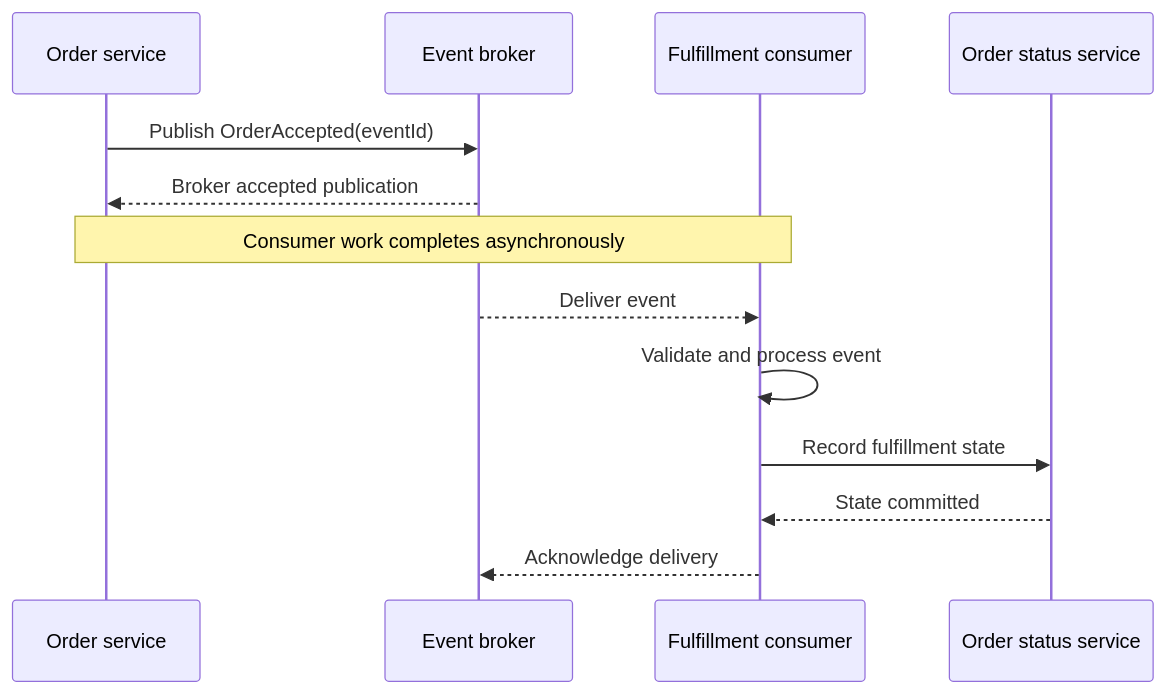
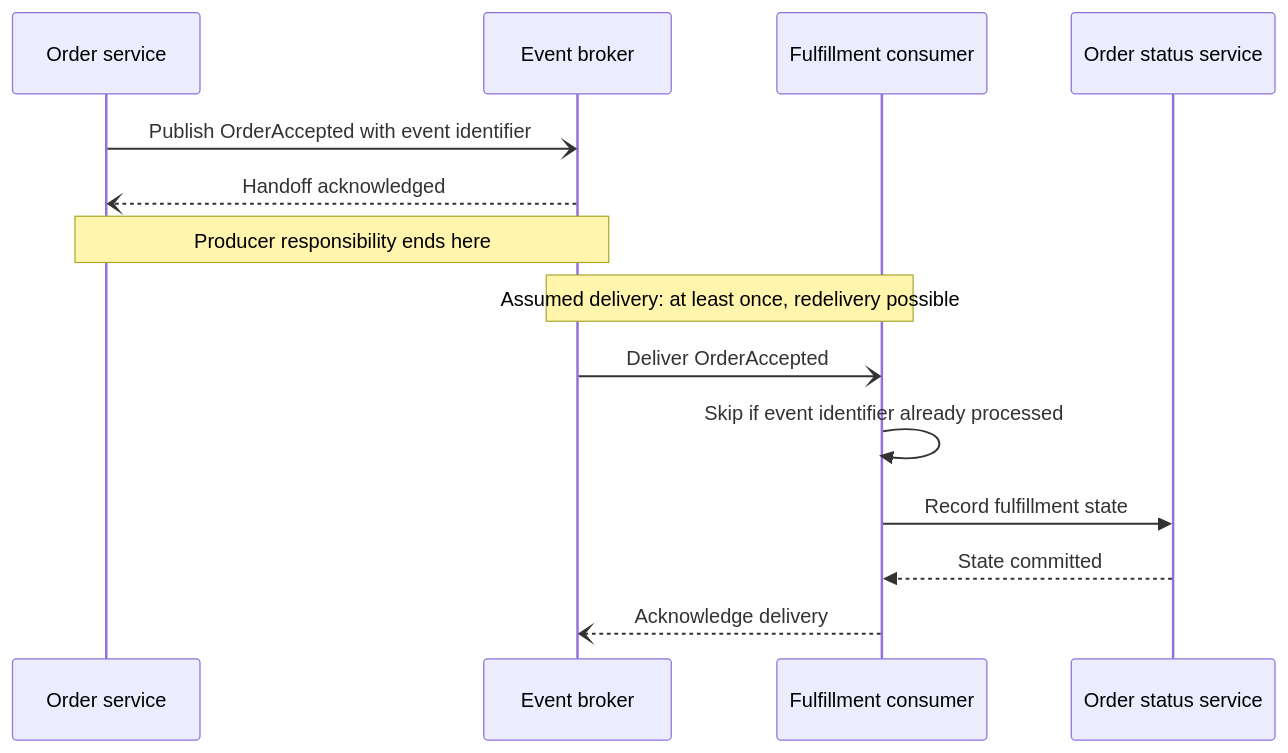
Before and after one commit to joydasss/Architect: the fourth of 13 diagrams in 21_Architecture_Documentation/CH05_Sequence_Diagrams.md, drawn with Mermaid. The commit also changed other lines of this file and 22 other files, not shown here.

Commit message:
Architecture changes

````diff
--- a/21_Architecture_Documentation/CH05_Sequence_Diagrams.md
+++ b/21_Architecture_Documentation/CH05_Sequence_Diagrams.md
@@ -34,15 +207,16 @@
 ```mermaid
 sequenceDiagram
     participant Order as Order service
     participant Broker as Event broker
     participant Fulfillment as Fulfillment consumer
     participant Status as Order status service
-    Order->>Broker: Publish OrderAccepted(eventId)
-    Broker-->>Order: Broker accepted publication
-    Note over Order,Fulfillment: Consumer work completes asynchronously
-    Broker-->>Fulfillment: Deliver event
-    Fulfillment->>Fulfillment: Validate and process event
+    Order-)Broker: Publish OrderAccepted with event identifier
+    Broker--)Order: Handoff acknowledged
+    Note over Order,Broker: Producer responsibility ends here
+    Note over Broker,Fulfillment: Assumed delivery: at least once, redelivery possible
+    Broker-)Fulfillment: Deliver OrderAccepted
+    Fulfillment->>Fulfillment: Skip if event identifier already processed
     Fulfillment->>Status: Record fulfillment state
     Status-->>Fulfillment: State committed
-    Fulfillment-->>Broker: Acknowledge delivery
+    Fulfillment--)Broker: Acknowledge delivery
 ```
````
